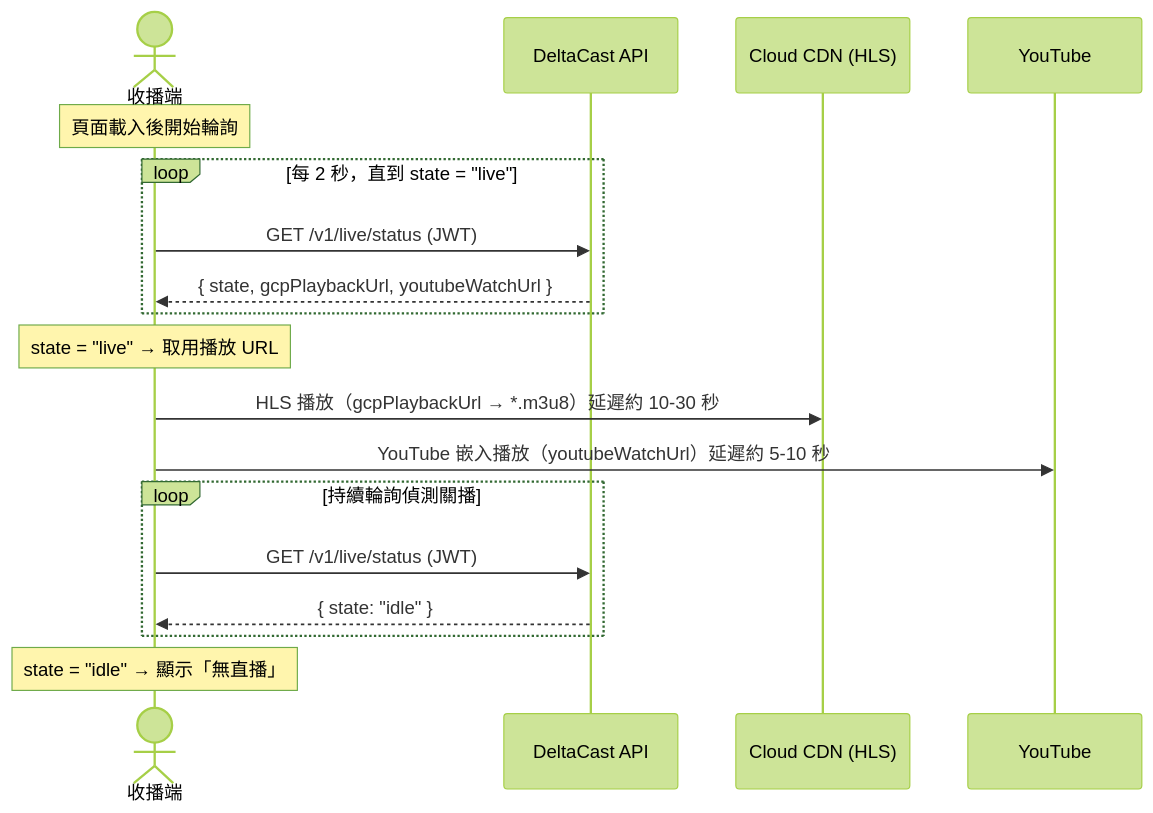
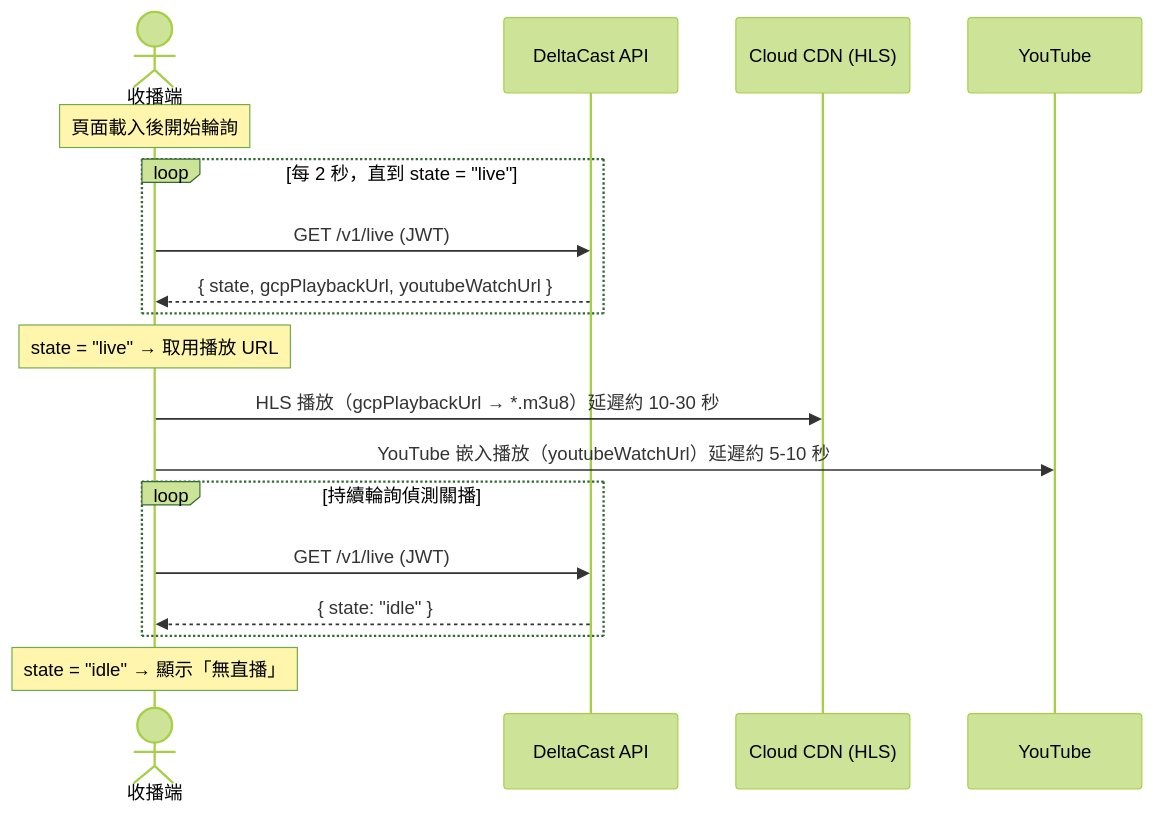
One commit to maxence2997/delta-cast changed the third of 5 diagrams in doc/spec.md. Above: the diagram before and after it, drawn with Mermaid (forest theme). The commit also changed other lines of this file and 10 other files, not shown here.

First line of the commit message:
refactor: 將 Live API 路徑改為 RESTful 冒號動詞慣例

````diff
--- a/doc/spec.md
+++ b/doc/spec.md
@@ -169,23 +171,23 @@
 ```mermaid
 sequenceDiagram
     actor Audience as 收播端
     participant API as DeltaCast API
     participant CDN as Cloud CDN (HLS)
     participant YT as YouTube
 
     Note over Audience: 頁面載入後開始輪詢
     loop 每 2 秒，直到 state = "live"
-        Audience->>API: GET /v1/live/status (JWT)
+        Audience->>API: GET /v1/live (JWT)
         API-->>Audience: { state, gcpPlaybackUrl, youtubeWatchUrl }
     end
 
     Note over Audience: state = "live" → 取用播放 URL
     Audience->>CDN: HLS 播放（gcpPlaybackUrl → *.m3u8）延遲約 10-30 秒
     Audience->>YT: YouTube 嵌入播放（youtubeWatchUrl）延遲約 5-10 秒
 
     loop 持續輪詢偵測關播
-        Audience->>API: GET /v1/live/status (JWT)
+        Audience->>API: GET /v1/live (JWT)
         API-->>Audience: { state: "idle" }
     end
     Note over Audience: state = "idle" → 顯示「無直播」
 ```
````
